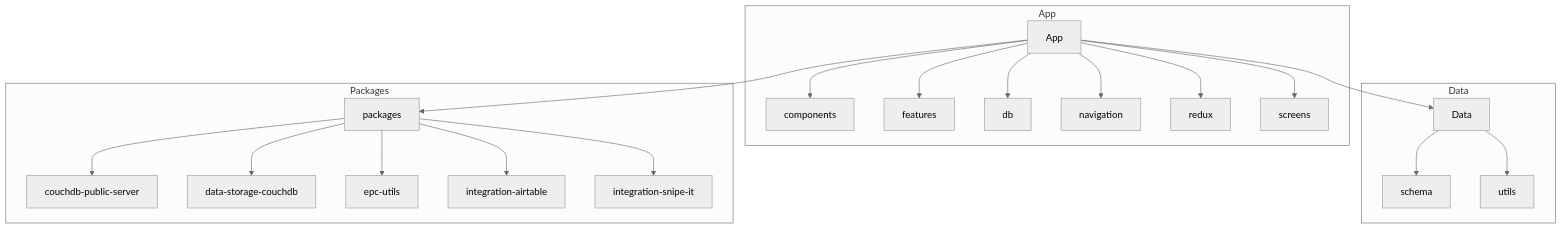
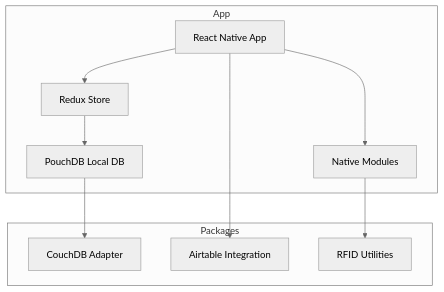
The first of 6 diagrams in .qoder/repowiki/zh/content/项目概述.md (JiangLongLiu/Inventory), drawn with Mermaid (neutral theme) before and after one commit. The commit also changed other lines of this file and 8 other files, not shown here.

````diff
--- a/.qoder/repowiki/zh/content/项目概述.md
+++ b/.qoder/repowiki/zh/content/项目概述.md
@@ -54,27 +52,20 @@
 ```mermaid
 graph TB
 subgraph "App"
-A[App]
-A --> B[components]
-A --> C[features]
-A --> D[db]
-A --> E[navigation]
-A --> F[redux]
-A --> G[screens]
-end
-subgraph "Data"
-H[Data]
-H --> I[schema]
-H --> J[utils]
+A[React Native App]
+B[Redux Store]
+C[PouchDB Local DB]
+D[Native Modules]
 end
 subgraph "Packages"
-K[packages]
-K --> L[couchdb-public-server]
-K --> M[data-storage-couchdb]
-K --> N[epc-utils]
-K --> O[integration-airtable]
-K --> P[integration-snipe-it]
+E[CouchDB Adapter]
+F[Airtable Integration]
+G[RFID Utilities]
 end
-A --> H
-A --> K
+A --> B
+B --> C
+A --> D
+C --> E
+A --> F
+D --> G
 ```
````
